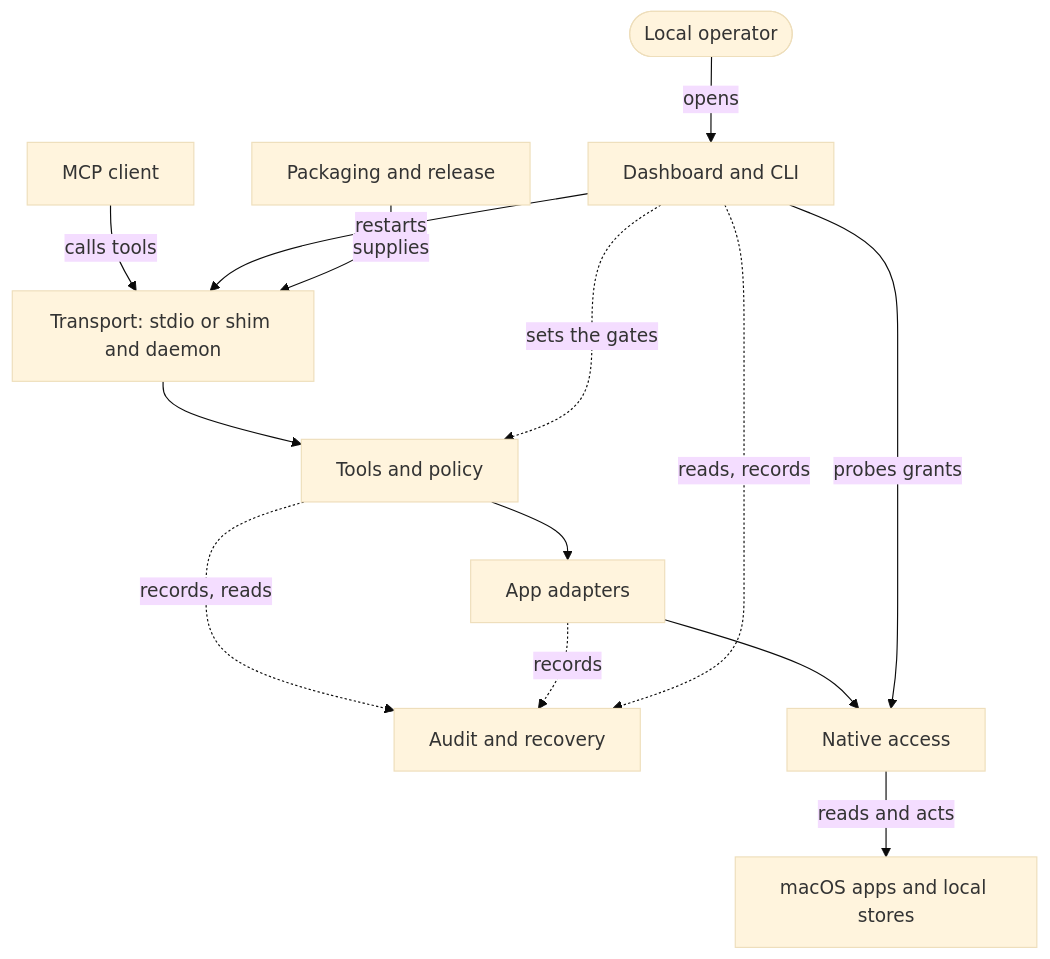
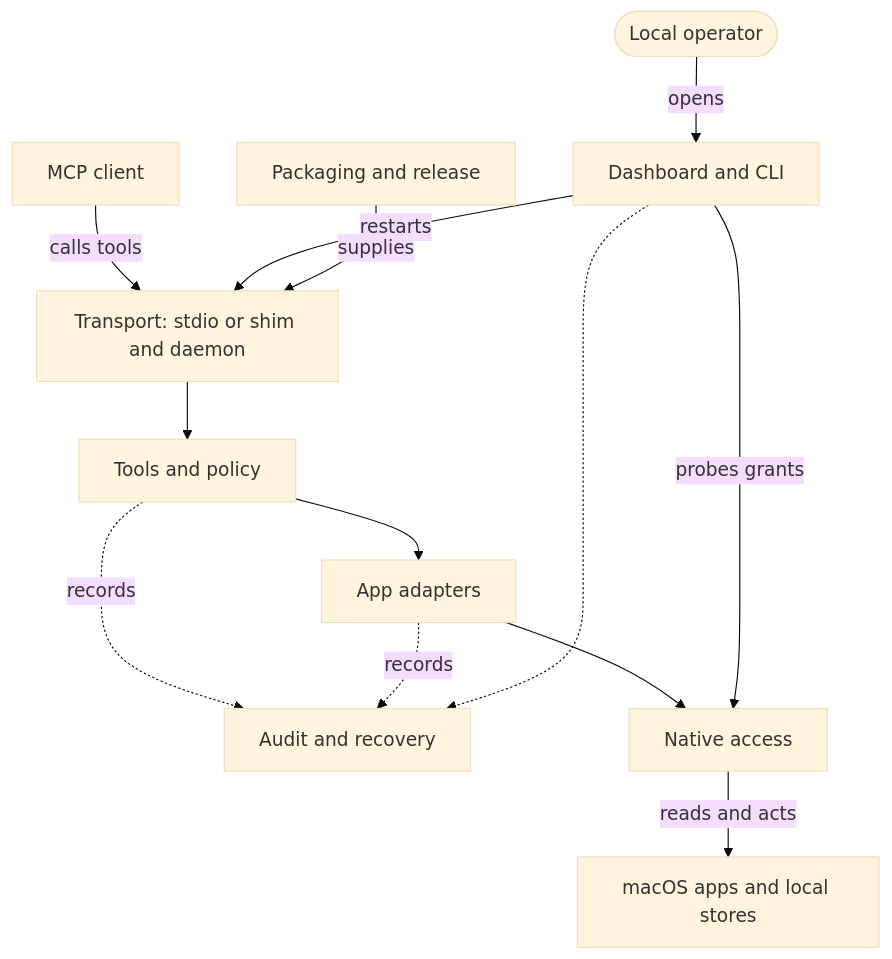
One commit to elfensky/macos-apps-mcp changed the diagram in .planning/architecture/macos-apps-mcp-architecture.md. Above: the diagram before and after it, drawn with Mermaid (base theme). The commit also changed 1 other file, not shown here.

Commit message:
docs(architecture): drop a crowded link and the comma labels from the grid

````diff
--- a/.planning/architecture/macos-apps-mcp-architecture.md
+++ b/.planning/architecture/macos-apps-mcp-architecture.md
@@ -28,16 +28,15 @@
 ```mermaid
 flowchart TD
     client["MCP client"] -- calls tools --> transport["Transport: stdio or shim and daemon"]
     transport --> tools-and-policy["Tools and policy"]
     tools-and-policy --> adapters["App adapters"]
-    tools-and-policy -. records, reads .-> audit-and-recovery["Audit and recovery"]
+    tools-and-policy -. records .-> audit-and-recovery["Audit and recovery"]
     adapters -. records .-> audit-and-recovery
     adapters --> native-access["Native access"]
     native-access -- reads and acts --> apps["macOS apps and local stores"]
     operator(["Local operator"]) -- opens --> operator-controls["Dashboard and CLI"]
-    operator-controls -. reads, records .-> audit-and-recovery
-    operator-controls -. sets the gates .-> tools-and-policy
+    operator-controls -.-> audit-and-recovery
     operator-controls -- probes grants --> native-access
     operator-controls -- restarts --> transport
     packaging-and-release["Packaging and release"] -- supplies --> transport
 ```
````
